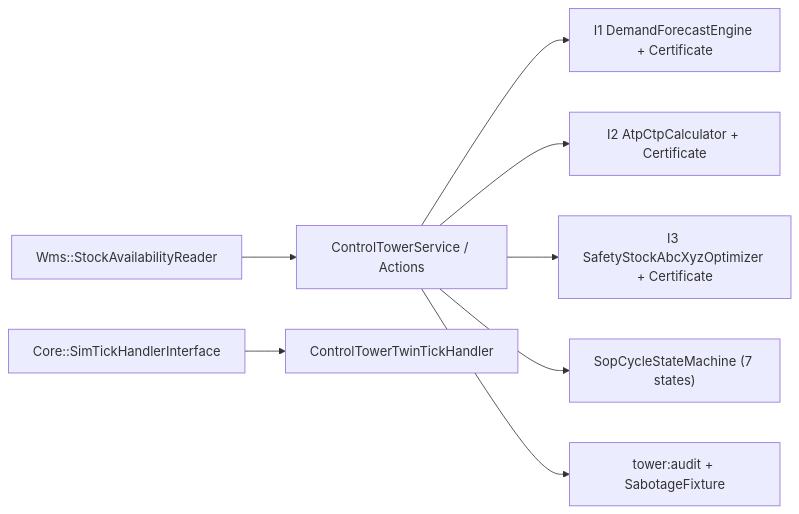
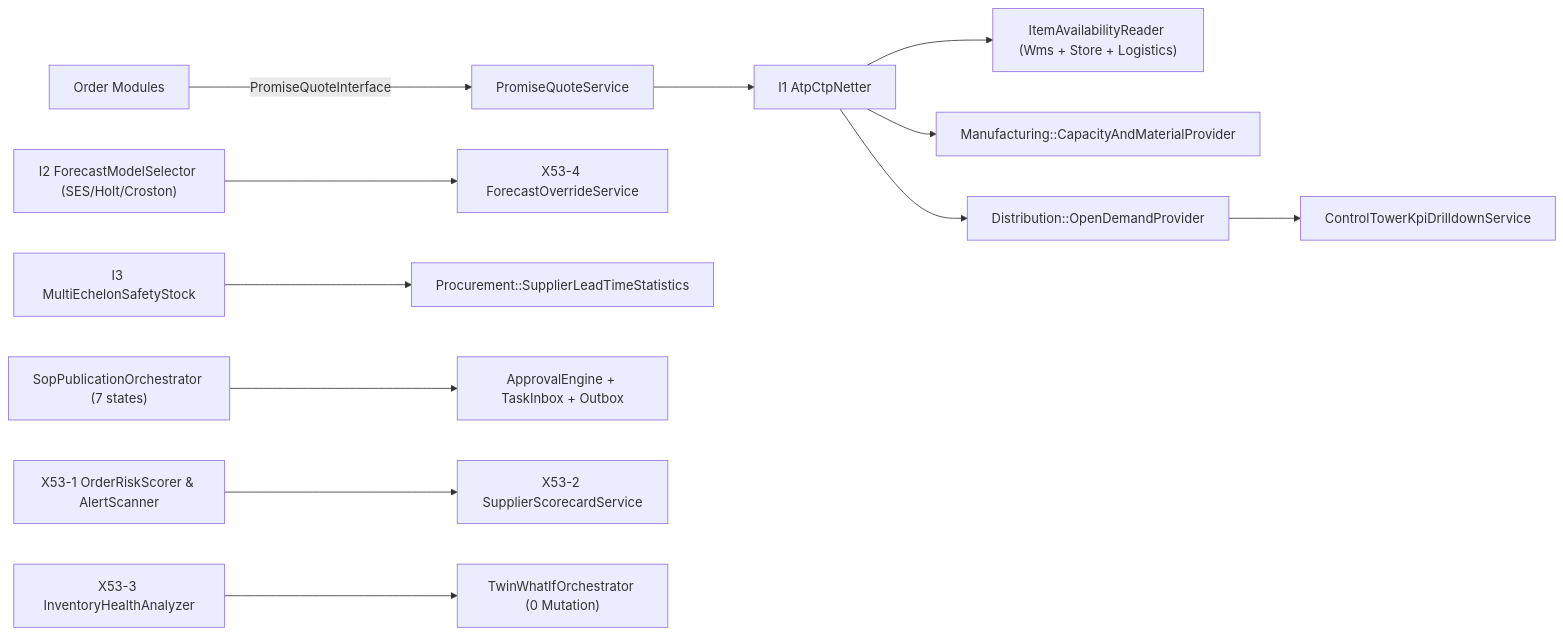
The diagram in docs/design/fase-53.md (Orls967/SuperWeb), drawn with Mermaid before and after one commit. The commit also changed other lines of this file and 9 other files, not shown here.

Commit message:
docs(control-tower): initial B3 expansion for Fase 53

````diff
--- a/docs/design/fase-53.md
+++ b/docs/design/fase-53.md
@@ -7,10 +7,14 @@
 ```mermaid
 flowchart LR
-    WMS["Wms::StockAvailabilityReader"] --> CT["ControlTowerService / Actions"]
-    SIM["Core::SimTickHandlerInterface"] --> TWIN["ControlTowerTwinTickHandler"]
-    CT --> I1["I1 DemandForecastEngine + Certificate"]
-    CT --> I2["I2 AtpCtpCalculator + Certificate"]
-    CT --> I3["I3 SafetyStockAbcXyzOptimizer + Certificate"]
-    CT --> SM["SopCycleStateMachine (7 states)"]
-    CT --> AUD["tower:audit + SabotageFixture"]
+    EXT["Order Modules"] -->|"PromiseQuoteInterface"| PQS["PromiseQuoteService"]
+    PQS --> NET["I1 AtpCtpNetter"]
+    NET --> IAR["ItemAvailabilityReader (Wms + Store + Logistics)"]
+    NET --> MFG["Manufacturing::CapacityAndMaterialProvider"]
+    NET --> DIST["Distribution::OpenDemandProvider"]
+    FC["I2 ForecastModelSelector (SES/Holt/Croston)"] --> OVR["X53-4 ForecastOverrideService"]
+    SS["I3 MultiEchelonSafetyStock"] --> PRC["Procurement::SupplierLeadTimeStatistics"]
+    SOP["SopPublicationOrchestrator (7 states)"] --> CORE["ApprovalEngine + TaskInbox + Outbox"]
+    RISK["X53-1 OrderRiskScorer & AlertScanner"] --> SUP["X53-2 SupplierScorecardService"]
+    HLTH["X53-3 InventoryHealthAnalyzer"] --> TWIN["TwinWhatIfOrchestrator (0 Mutation)"]
+    DIST --> KPI["ControlTowerKpiDrilldownService"]
 ```
````
